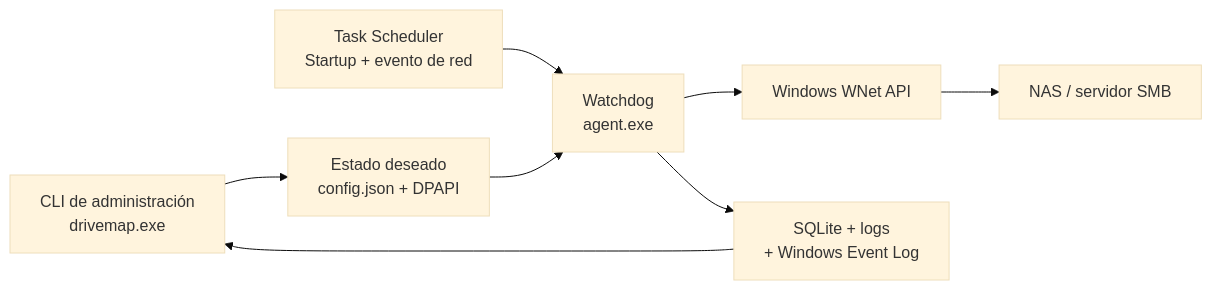
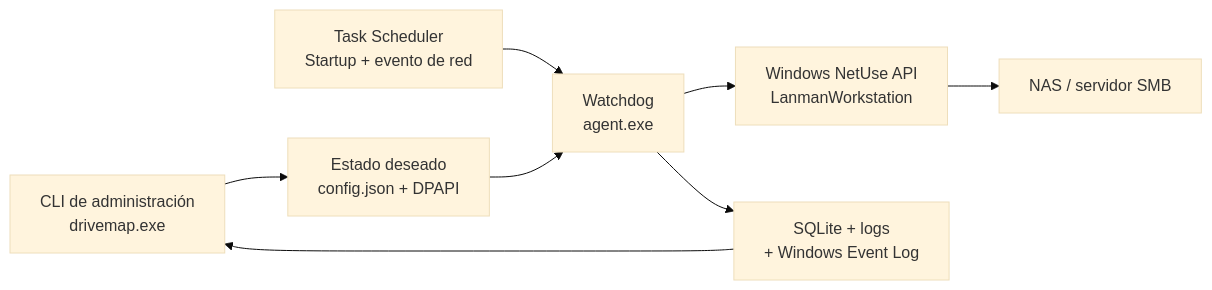
One commit to castellanosfelipe/DrivePulse changed the diagram in README.md. Above: the diagram before and after it, drawn with Mermaid (base theme). The commit also changed other lines of this file and 8 other files, not shown here.

````diff
--- a/README.md
+++ b/README.md
@@ -207,10 +207,10 @@
 ```mermaid
 flowchart LR
     CLI["CLI de administración<br/>drivemap.exe"] --> CFG["Estado deseado<br/>config.json + DPAPI"]
     TASK["Task Scheduler<br/>Startup + evento de red"] --> AGENT["Watchdog<br/>agent.exe"]
     CFG --> AGENT
-    AGENT --> WNET["Windows WNet API"]
-    WNET --> NAS["NAS / servidor SMB"]
+    AGENT --> NETUSE["Windows NetUse API<br/>LanmanWorkstation"]
+    NETUSE --> NAS["NAS / servidor SMB"]
     AGENT --> OBS["SQLite + logs<br/>+ Windows Event Log"]
     OBS --> CLI
 ```
````
